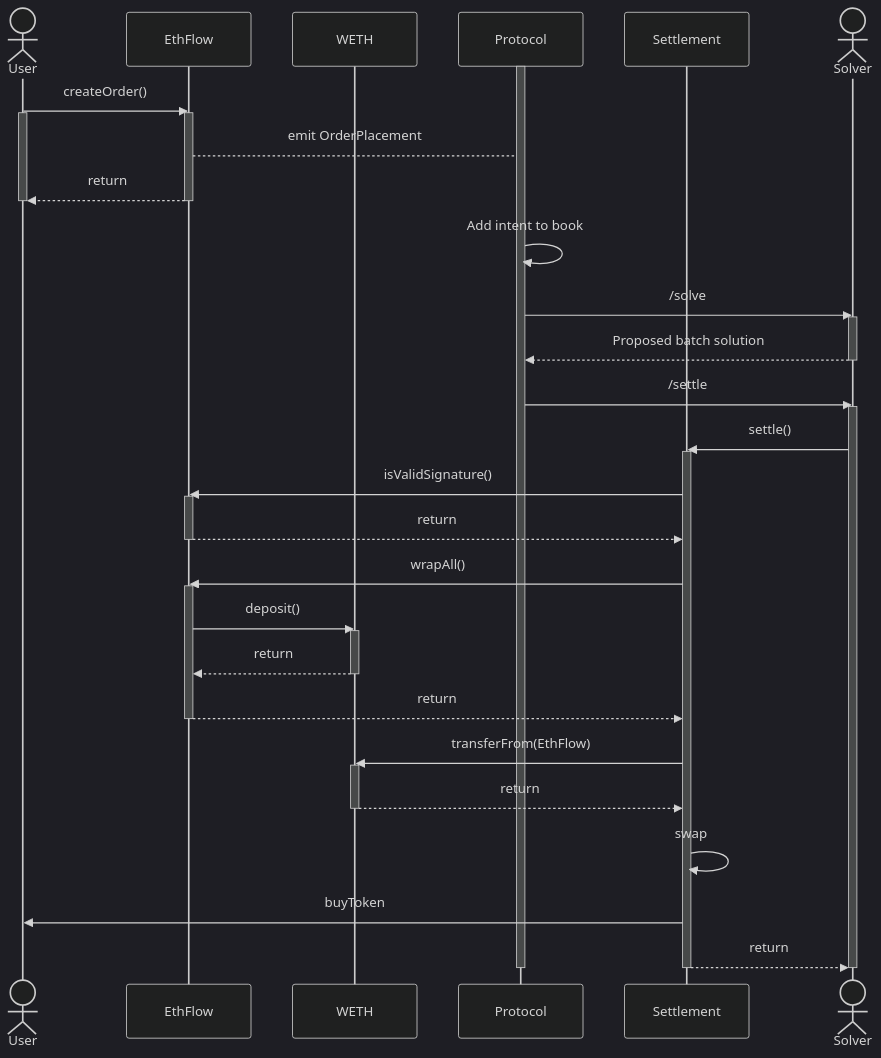
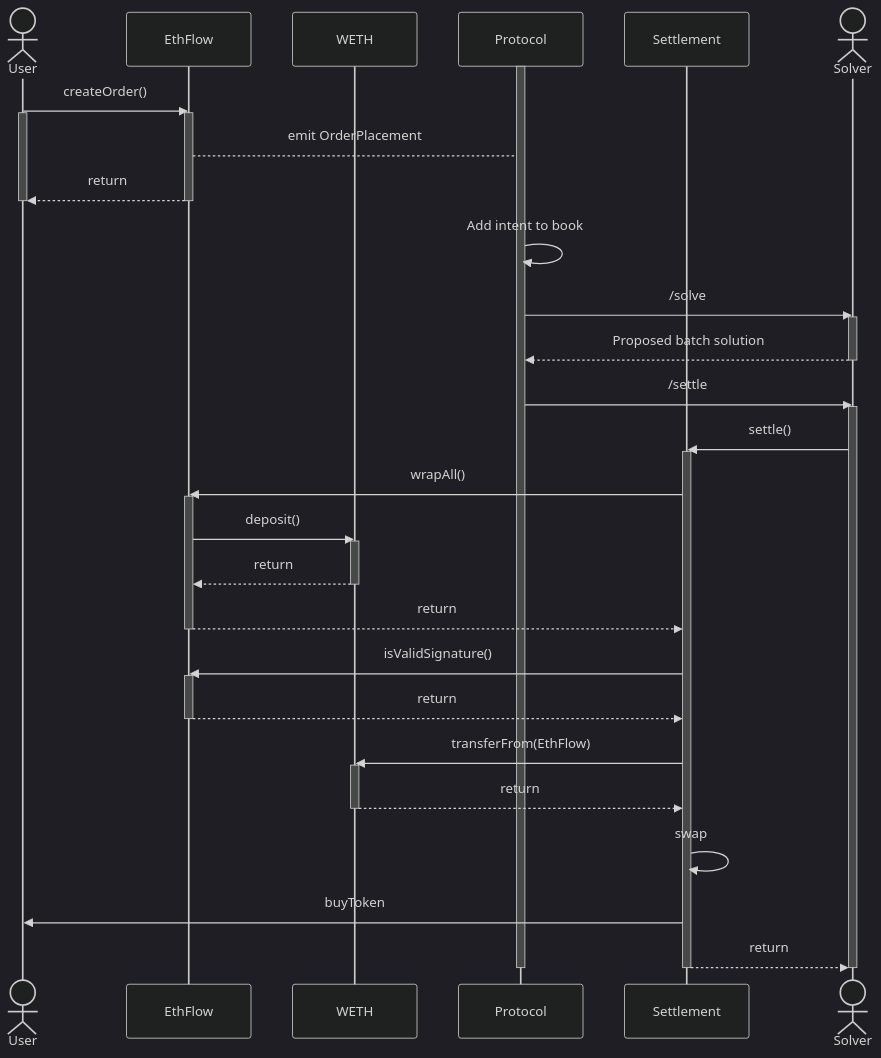
One commit to cowprotocol/docs changed the diagram in docs/cow-protocol/reference/contracts/periphery/eth_flow.md. Above: the diagram before and after it, drawn with Mermaid (dark theme). The commit also changed other lines of this file, not shown here.

````diff
--- a/docs/cow-protocol/reference/contracts/periphery/eth_flow.md
+++ b/docs/cow-protocol/reference/contracts/periphery/eth_flow.md
@@ -20,48 +20,48 @@
 ```mermaid
 sequenceDiagram
     actor User
     participant EthFlow
     participant WETH
     participant Protocol
     participant Settlement
     actor Solver
     activate Protocol
     User->>EthFlow: createOrder()
     activate User
     activate EthFlow
     EthFlow-->Protocol: emit OrderPlacement
     EthFlow-->>User: return
     deactivate User
     deactivate EthFlow
     Protocol->>Protocol: Add intent to book
     Protocol->>Solver: /solve
     activate Solver
     Solver-->>Protocol: Proposed batch solution
     deactivate Solver
     Protocol->>Solver: /settle
     activate Solver
     Solver->>Settlement: settle()
     activate Settlement
-    Settlement->>EthFlow: isValidSignature()
-    activate EthFlow
-    EthFlow-->>Settlement: return
-    deactivate EthFlow
     Settlement->>EthFlow: wrapAll()
     activate EthFlow
     EthFlow->>WETH: deposit()
     activate WETH
     WETH-->>EthFlow: return
     deactivate WETH
+    EthFlow-->>Settlement: return
+    deactivate EthFlow
+    Settlement->>EthFlow: isValidSignature()
+    activate EthFlow
     EthFlow-->>Settlement: return
     deactivate EthFlow
     Settlement->>WETH: transferFrom(EthFlow)
     activate WETH
     WETH-->>Settlement: return
     deactivate WETH
     Settlement->>Settlement: swap
     Settlement->>User: buyToken
     Settlement-->>Solver: return
     deactivate Settlement
     deactivate Solver
     deactivate Protocol
 ```
````
